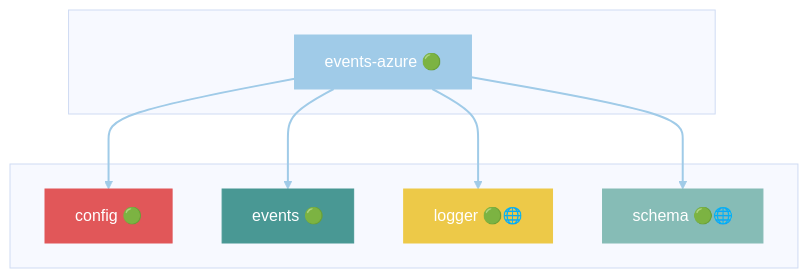
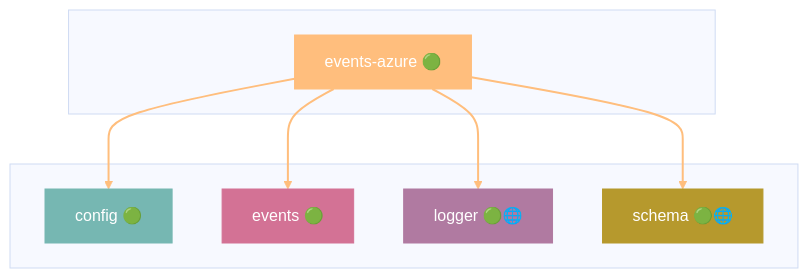
One commit to grest-ts/grest-ts changed diagram 18 of 42 in docs/DEPENDENCIES.md. Above: the diagram before and after it, drawn with Mermaid (base theme). The commit also changed other lines of this file and 11 other files, not shown here.

````diff
--- a/docs/DEPENDENCIES.md
+++ b/docs/DEPENDENCIES.md
@@ -883,25 +937,25 @@
 ```mermaid
 flowchart TB
     subgraph Package[" "]
         events-azure["events-azure 🟢"]
     end
     subgraph Dependencies[" "]
         config["config 🟢"]
         events["events 🟢"]
         logger["logger 🟢🌐"]
         schema["schema 🟢🌐"]
     end
     events-azure --> config
     events-azure --> events
     events-azure --> logger
     events-azure --> schema
-    style events-azure fill:#A0CBE8,stroke:#A0CBE8,color:#fff
-    style config fill:#E15759,stroke:#E15759,color:#fff
-    style events fill:#499894,stroke:#499894,color:#fff
-    style logger fill:#EDC948,stroke:#EDC948,color:#fff
-    style schema fill:#86BCB6,stroke:#86BCB6,color:#fff
-    linkStyle 0 stroke:#A0CBE8,stroke-width:2px
-    linkStyle 1 stroke:#A0CBE8,stroke-width:2px
-    linkStyle 2 stroke:#A0CBE8,stroke-width:2px
-    linkStyle 3 stroke:#A0CBE8,stroke-width:2px
+    style events-azure fill:#FFBE7D,stroke:#FFBE7D,color:#fff
+    style config fill:#76B7B2,stroke:#76B7B2,color:#fff
+    style events fill:#D37295,stroke:#D37295,color:#fff
+    style logger fill:#B07AA1,stroke:#B07AA1,color:#fff
+    style schema fill:#B6992D,stroke:#B6992D,color:#fff
+    linkStyle 0 stroke:#FFBE7D,stroke-width:2px
+    linkStyle 1 stroke:#FFBE7D,stroke-width:2px
+    linkStyle 2 stroke:#FFBE7D,stroke-width:2px
+    linkStyle 3 stroke:#FFBE7D,stroke-width:2px
 ```
````
